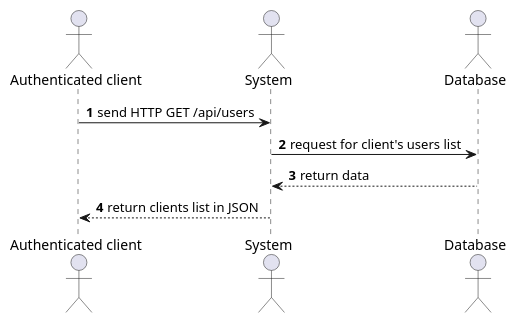
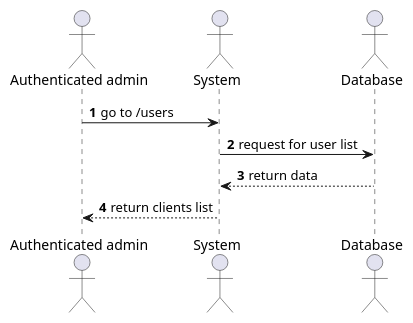
One commit to Xwyk/todoco changed the diagram in diagrams/Sequences/UsersManagement/Sequence_ListUsers.puml. Above: the diagram before and after it, drawn with PlantUML. The commit also changed 4 other files, not shown here.

Commit message:
diagrams update

```diff
--- a/diagrams/Sequences/UsersManagement/Sequence_ListUsers.puml
+++ b/diagrams/Sequences/UsersManagement/Sequence_ListUsers.puml
@@ -1,15 +1,15 @@
 @startuml
 'https://plantuml.com/sequence-diagram
 
 autonumber
 
-actor "Authenticated client" as client
+actor "Authenticated admin" as admin
 actor System                as system
 actor Database              as db
 
-client  -> system  : send HTTP GET /api/users
-system -> db      : request for client's users list
+admin  -> system  : go to /users
+system -> db      : request for user list
 system <-- db     : return data
-client  <-- system : return clients list in JSON
+admin  <-- system : return clients list
 
 @enduml
```
